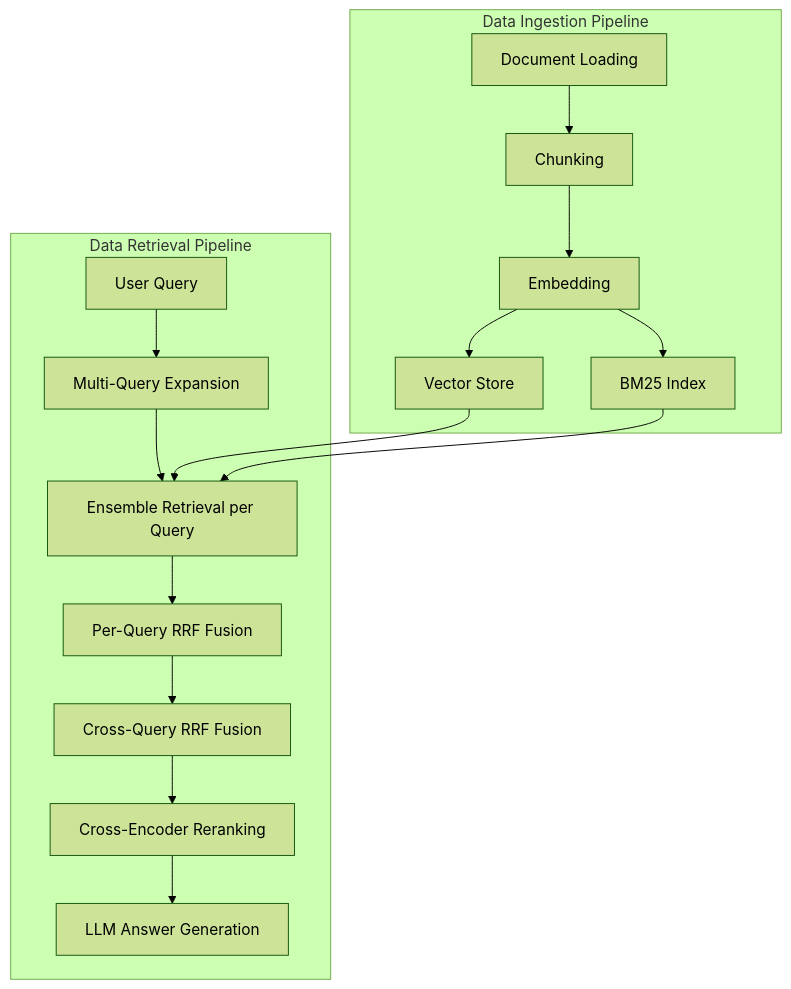
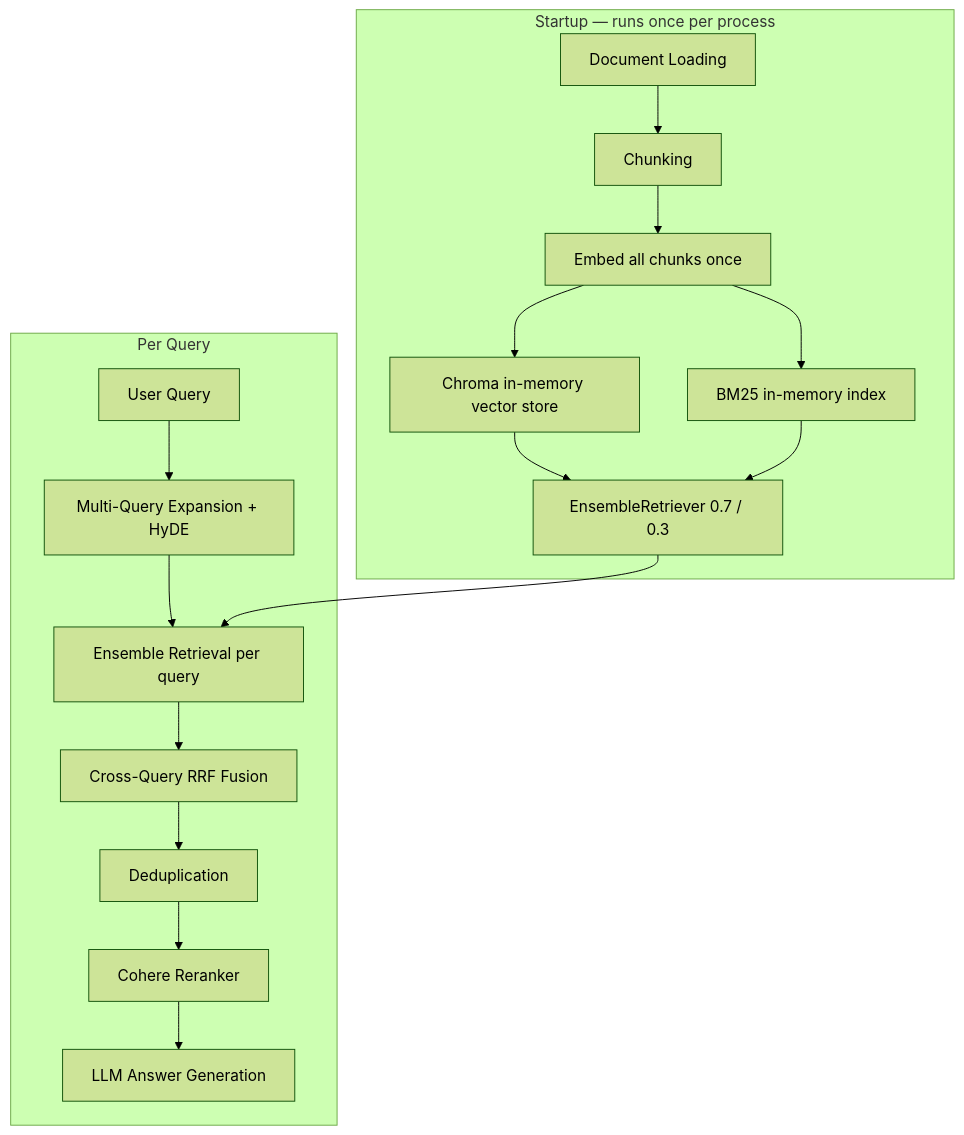
One commit to Gagandeepvjy/RAG changed the diagram in README.md. Above: the diagram before and after it, drawn with Mermaid (forest theme). The commit also changed other lines of this file, not shown here.

````diff
--- a/README.md
+++ b/README.md
@@ -7,21 +7,21 @@
 ```mermaid
 flowchart TB
-    subgraph ingestion [Data Ingestion Pipeline]
+    subgraph startup [Startup — runs once per process]
         A[Document Loading] --> B[Chunking]
-        B --> C[Embedding]
-        C --> D1[Vector Store]
-        C --> D2[BM25 Index]
+        B --> C[Embed all chunks once]
+        C --> D1[Chroma in-memory vector store]
+        C --> D2[BM25 in-memory index]
+        D1 & D2 --> E[EnsembleRetriever 0.7 / 0.3]
     end
 
-    subgraph retrieval [Data Retrieval Pipeline]
-        Q[User Query] --> E1[Multi-Query Expansion]
-        E1 --> E2[Ensemble Retrieval per Query]
-        E2 --> E3[Per-Query RRF Fusion]
-        E3 --> E4[Cross-Query RRF Fusion]
-        E4 --> E5[Cross-Encoder Reranking]
-        E5 --> E6[LLM Answer Generation]
+    subgraph query [Per Query]
+        Q[User Query] --> F[Multi-Query Expansion + HyDE]
+        F --> G[Ensemble Retrieval per query]
+        G --> H[Cross-Query RRF Fusion]
+        H --> I[Deduplication]
+        I --> J[Cohere Reranker]
+        J --> K[LLM Answer Generation]
     end
 
-    D1 --> E2
-    D2 --> E2
+    E --> G
 ```
````
